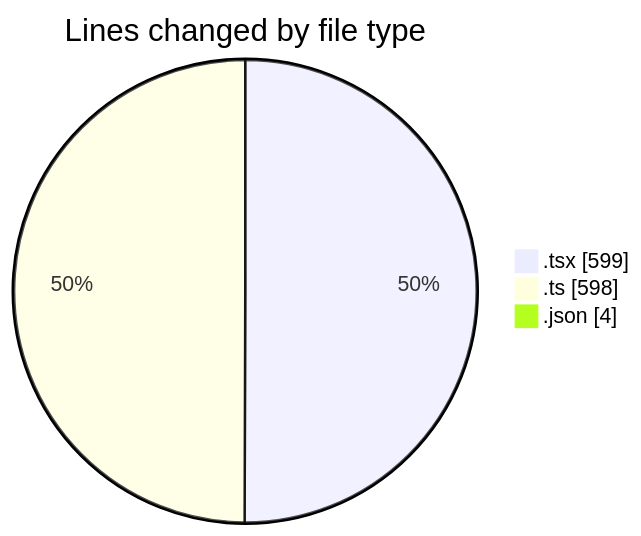
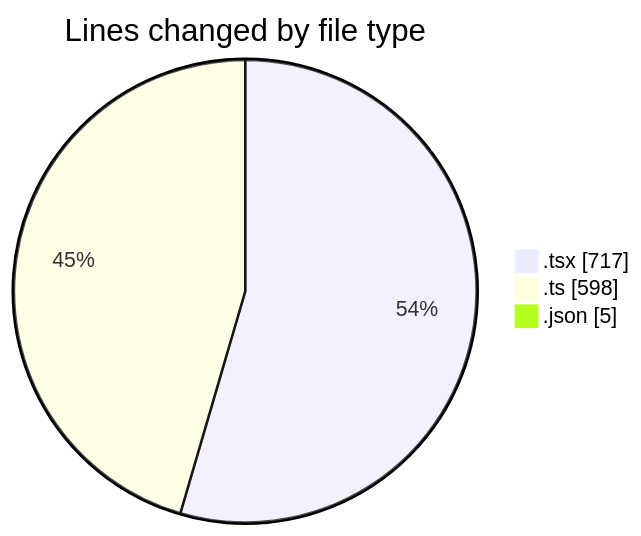
One commit to julien-gomy/code-tracking changed the first of 2 diagrams in 2025-11-23/eventscop-frontend-guide__workspace_/README.md. Above: the diagram before and after it, drawn with Mermaid. The commit also changed other lines of this file and 1 other file, not shown here.

````diff
--- a/2025-11-23/eventscop-frontend-guide__workspace_/README.md
+++ b/2025-11-23/eventscop-frontend-guide__workspace_/README.md
@@ -32,7 +34,7 @@
 ```mermaid
 pie showData
 title Lines changed by file type
-".tsx" : 599
+".tsx" : 717
 ".ts" : 598
-".json" : 4
+".json" : 5
 ```
````
